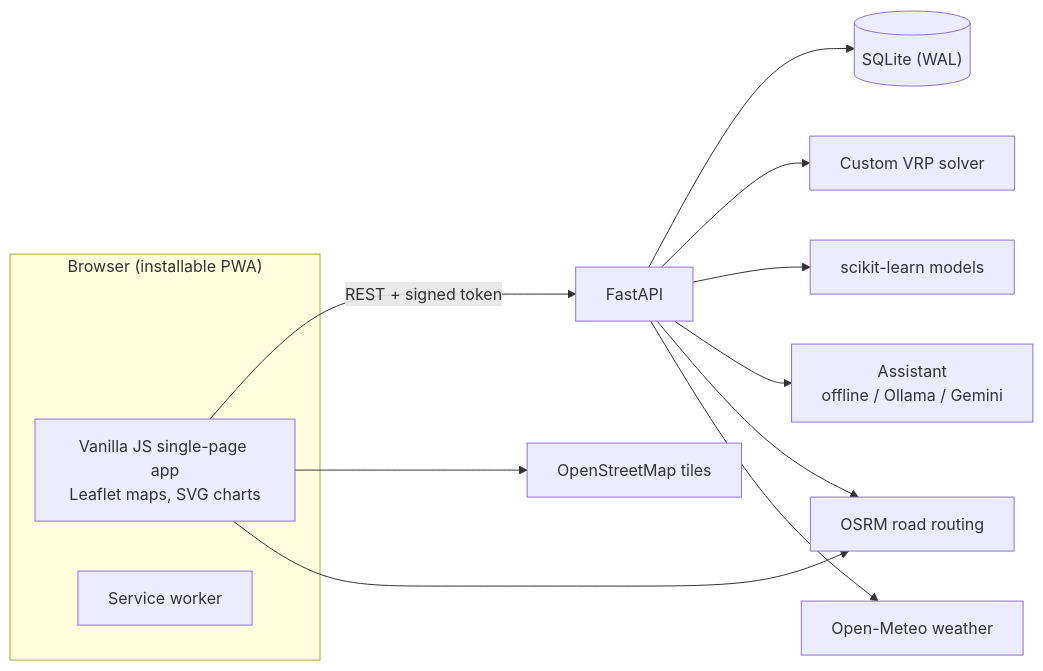
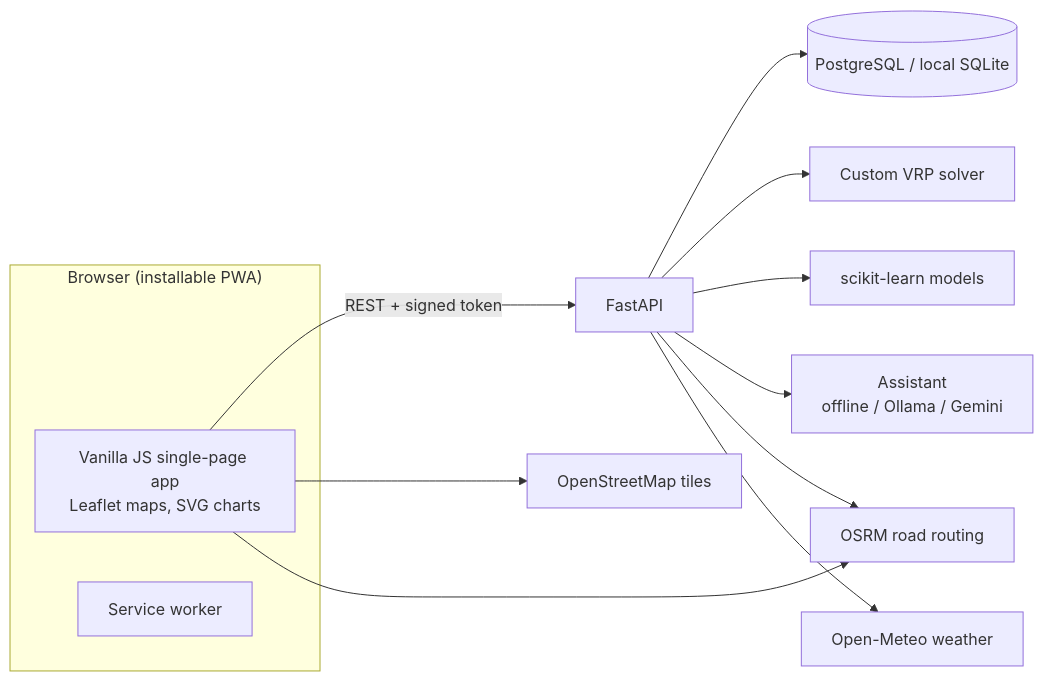
The diagram in README.md (samikhan7507/RouteNex), drawn with Mermaid before and after one commit. The commit also changed other lines of this file and 26 other files, not shown here.

Commit message:
Add persistent PostgreSQL and repair demo login

````diff
--- a/README.md
+++ b/README.md
@@ -85,16 +85,16 @@
 ```mermaid
 flowchart LR
   subgraph Browser["Browser (installable PWA)"]
     UI["Vanilla JS single-page app<br/>Leaflet maps, SVG charts"]
     SW["Service worker"]
   end
   UI -- "REST + signed token" --> API["FastAPI"]
-  API --> DB[("SQLite (WAL)")]
+  API --> DB[("PostgreSQL / local SQLite")]
   API --> VRP["Custom VRP solver"]
   API --> ML["scikit-learn models"]
   API --> AS["Assistant<br/>offline / Ollama / Gemini"]
   UI --> OSM["OpenStreetMap tiles"]
   UI --> OSRM["OSRM road routing"]
   API --> OSRM
   API --> WX["Open-Meteo weather"]
 ```
````
